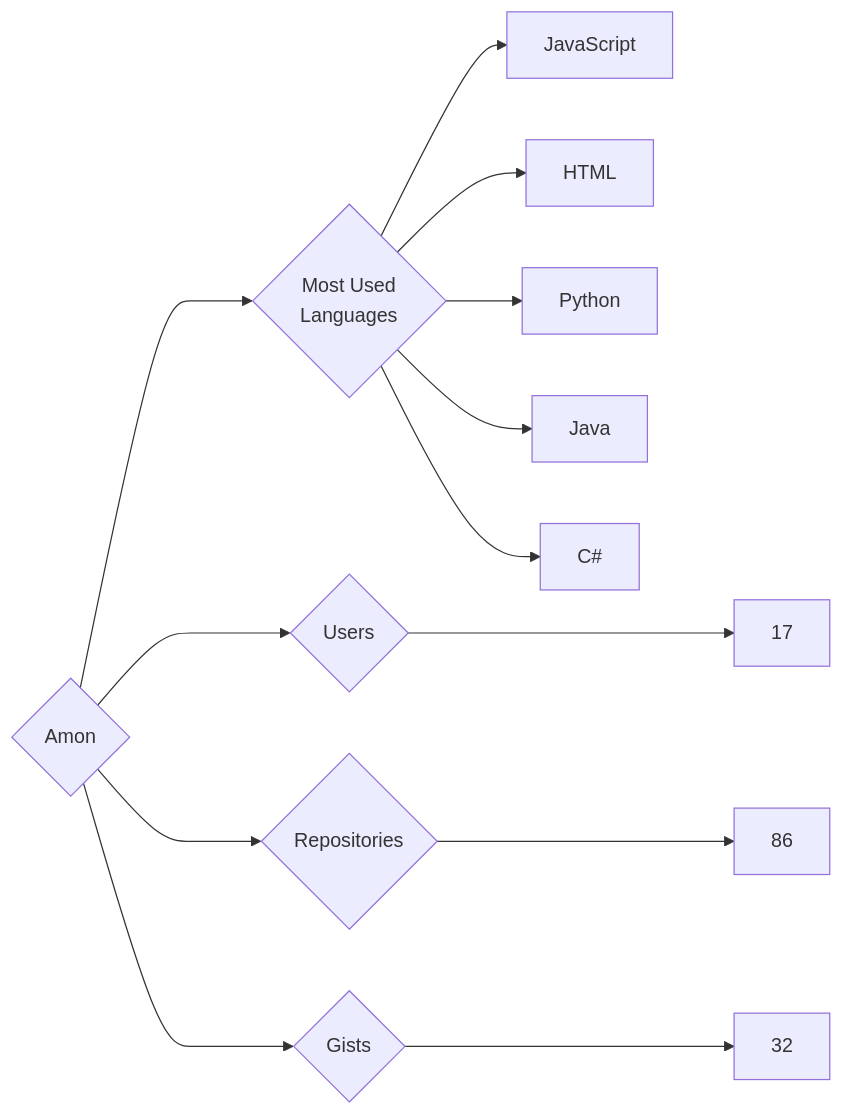
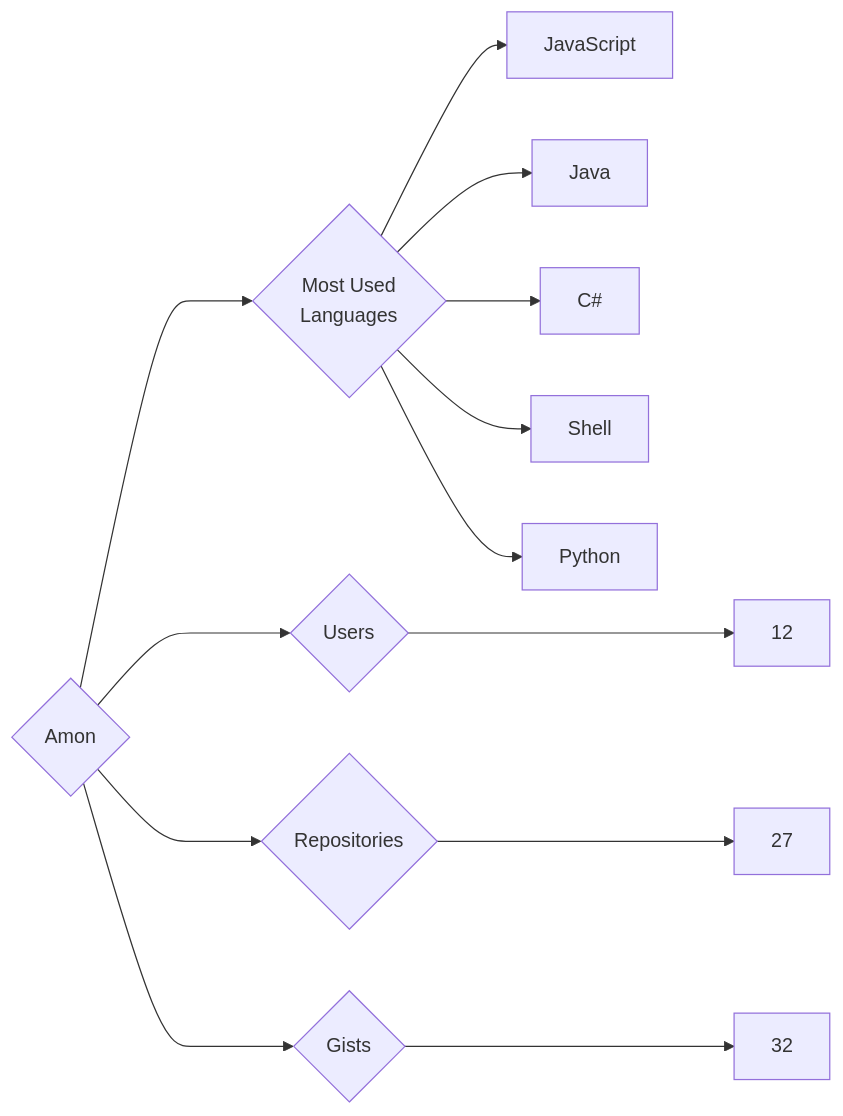
The diagram in targets/Amon/README.md (trickest/insiders), drawn with Mermaid before and after one commit. The commit also changed 736 other files, not shown here.

````diff
--- a/targets/Amon/README.md
+++ b/targets/Amon/README.md
@@ -3,13 +3,13 @@
 ```mermaid
 graph LR
 COMPANY_NAME{Amon}
-COMPANY_NAME ---> U{Users} ---> UN[17]
-COMPANY_NAME ---> R{Repositories} ---> RN[86]
+COMPANY_NAME ---> U{Users} ---> UN[12]
+COMPANY_NAME ---> R{Repositories} ---> RN[27]
 COMPANY_NAME ---> G{Gists} ---> GN[32]
 COMPANY_NAME ---> ML{Most Used<br>Languages}
 ML --> JavaScript[JavaScript]
-ML --> HTML[HTML]
-ML --> Python[Python]
 ML --> Java[Java]
 ML --> C#[C#]
+ML --> Shell[Shell]
+ML --> Python[Python]
 ```
````
